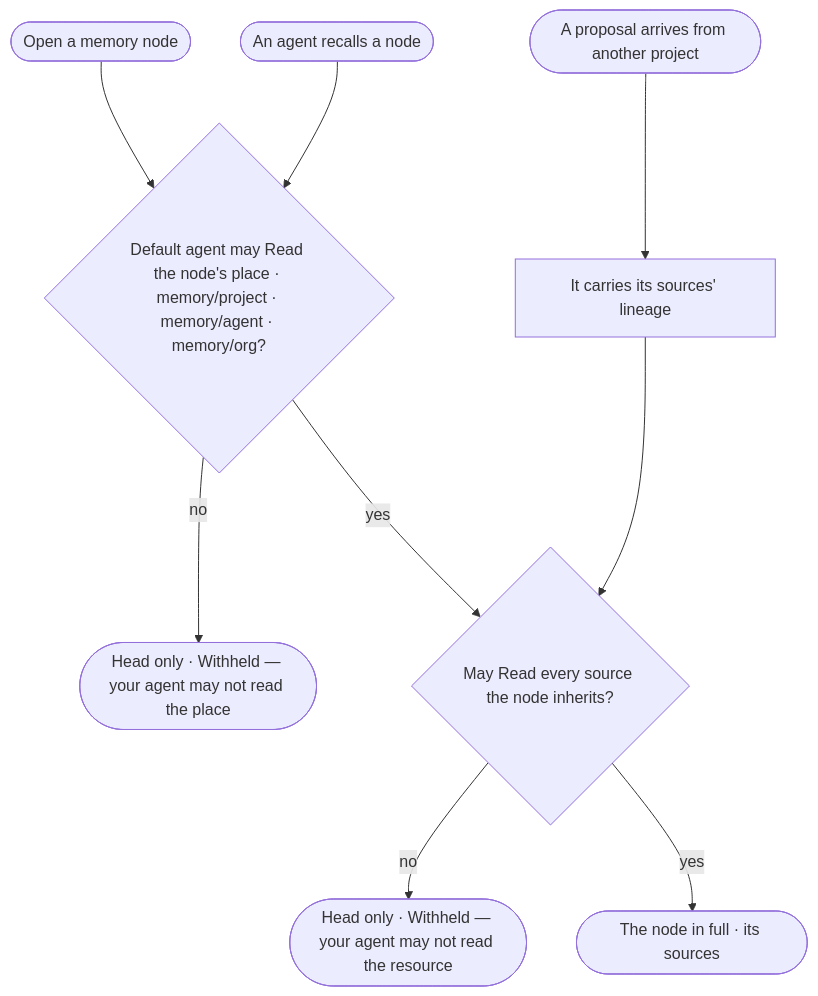
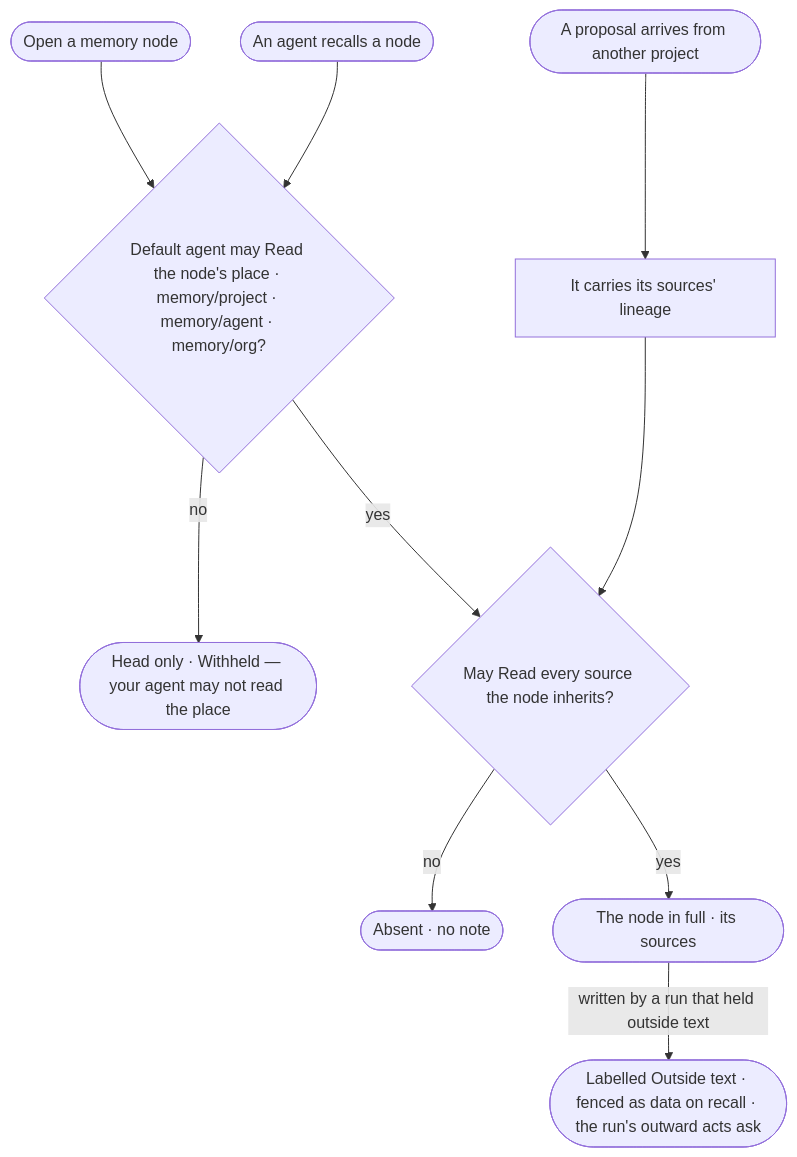
Before and after one commit to invana/invana: the diagram in specs/os/graph/features/GP-F02-memory/stories/GP-07-read-memory-only-as-far-as-its-sources-allow/story.md, drawn with Mermaid. The commit also changed other lines of this file and 456 other files, not shown here.

````diff
--- a/specs/os/graph/features/GP-F02-memory/stories/GP-07-read-memory-only-as-far-as-its-sources-allow/story.md
+++ b/specs/os/graph/features/GP-F02-memory/stories/GP-07-read-memory-only-as-far-as-its-sources-allow/story.md
@@ -30,11 +30,12 @@
 ```mermaid
 flowchart TD
   n([Open a memory node]) --> pl{"Default agent may Read the node's place · memory/project · memory/agent · memory/org?"}
   pl -->|no| h1(["Head only · Withheld — your agent may not read the place"])
   pl -->|yes| sr{"May Read every source the node inherits?"}
-  sr -->|no| h2(["Head only · Withheld — your agent may not read the resource"])
+  sr -->|no| h2(["Absent · no note"])
   sr -->|yes| full(["The node in full · its sources"])
   x([A proposal arrives from another project]) --> cr["It carries its sources' lineage"]
   cr --> sr
   rc([An agent recalls a node]) --> pl
+  full -->|written by a run that held outside text| ot(["Labelled Outside text · fenced as data on recall · the run's outward acts ask"])
 ```
````
